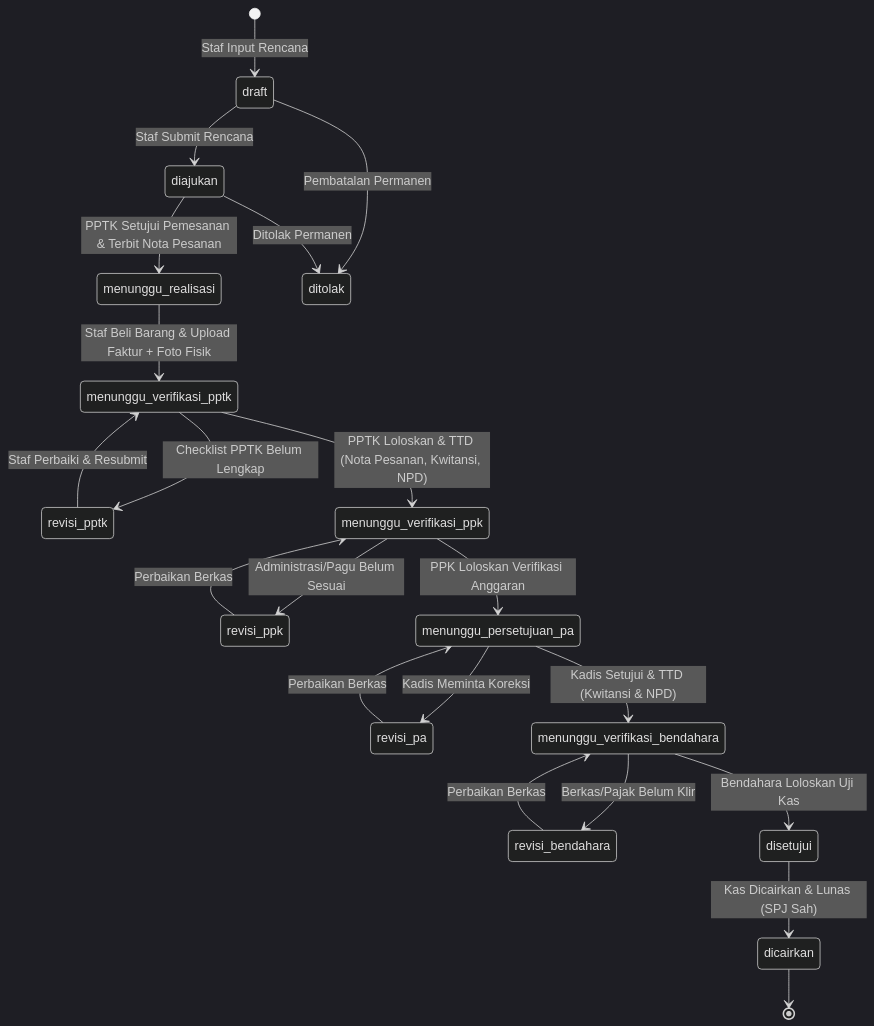
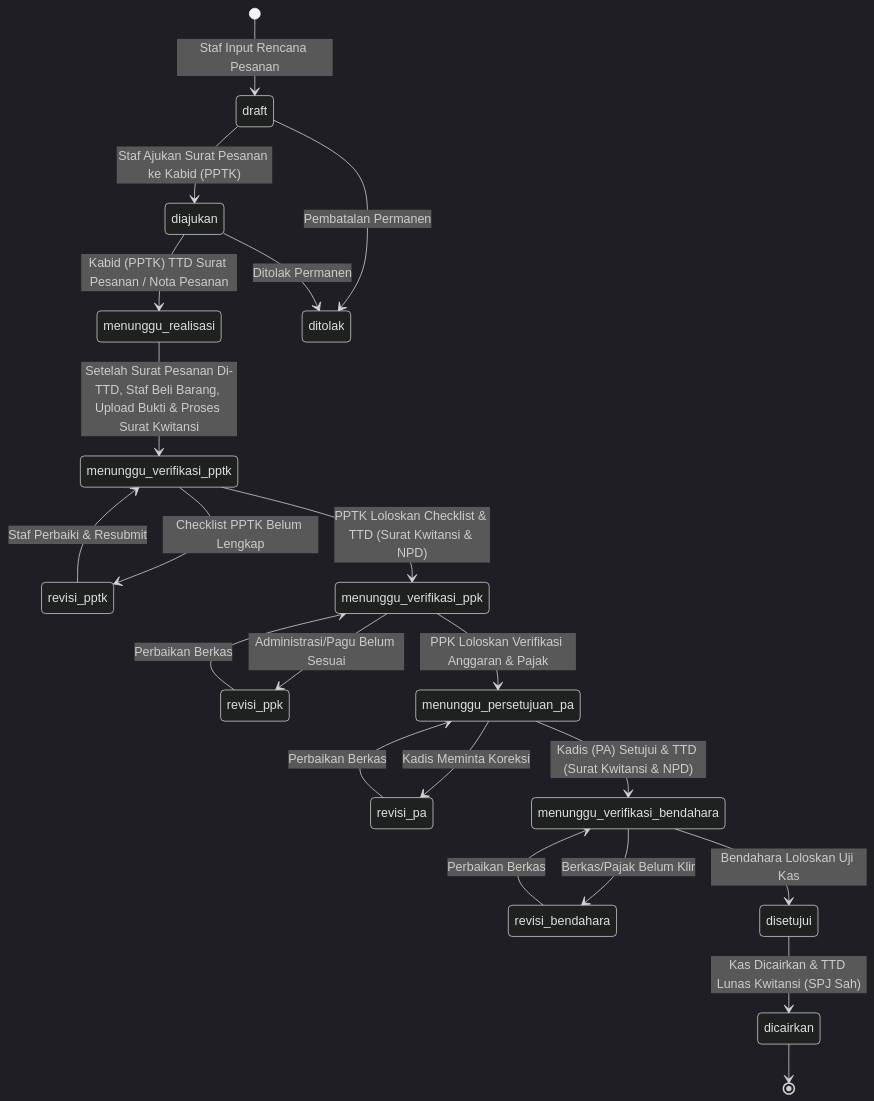
Before and after one commit to doniaries/sakti: the second of 2 diagrams in AGENTS.md, drawn with Mermaid (dark theme). The commit also changed other lines of this file and 6 other files, not shown here.

Commit message:
feat(spj): pertegas alur ttd surat pesanan oleh kabid/pptk sebelum proses surat kwitansi di agents.md dan aplikasi

````diff
--- a/AGENTS.md
+++ b/AGENTS.md
@@ -499,29 +505,29 @@
 ```mermaid
 stateDiagram-v2
-    [*] --> draft: Staf Input Rencana
-    draft --> diajukan: Staf Submit Rencana
-    diajukan --> menunggu_realisasi: PPTK Setujui Pemesanan & Terbit Nota Pesanan
+    [*] --> draft: Staf Input Rencana Pesanan
+    draft --> diajukan: Staf Ajukan Surat Pesanan ke Kabid (PPTK)
+    diajukan --> menunggu_realisasi: Kabid (PPTK) TTD Surat Pesanan / Nota Pesanan
     
-    menunggu_realisasi --> menunggu_verifikasi_pptk: Staf Beli Barang & Upload Faktur + Foto Fisik
+    menunggu_realisasi --> menunggu_verifikasi_pptk: Setelah Surat Pesanan Di-TTD, Staf Beli Barang, Upload Bukti & Proses Surat Kwitansi
     menunggu_verifikasi_pptk --> revisi_pptk: Checklist PPTK Belum Lengkap
     revisi_pptk --> menunggu_verifikasi_pptk: Staf Perbaiki & Resubmit
     
-    menunggu_verifikasi_pptk --> menunggu_verifikasi_ppk: PPTK Loloskan & TTD (Nota Pesanan, Kwitansi, NPD)
+    menunggu_verifikasi_pptk --> menunggu_verifikasi_ppk: PPTK Loloskan Checklist & TTD (Surat Kwitansi & NPD)
     menunggu_verifikasi_ppk --> revisi_ppk: Administrasi/Pagu Belum Sesuai
     revisi_ppk --> menunggu_verifikasi_ppk: Perbaikan Berkas
     
-    menunggu_verifikasi_ppk --> menunggu_persetujuan_pa: PPK Loloskan Verifikasi Anggaran
+    menunggu_verifikasi_ppk --> menunggu_persetujuan_pa: PPK Loloskan Verifikasi Anggaran & Pajak
     menunggu_persetujuan_pa --> revisi_pa: Kadis Meminta Koreksi
     revisi_pa --> menunggu_persetujuan_pa: Perbaikan Berkas
     
-    menunggu_persetujuan_pa --> menunggu_verifikasi_bendahara: Kadis Setujui & TTD (Kwitansi & NPD)
+    menunggu_persetujuan_pa --> menunggu_verifikasi_bendahara: Kadis (PA) Setujui & TTD (Surat Kwitansi & NPD)
     menunggu_verifikasi_bendahara --> revisi_bendahara: Berkas/Pajak Belum Klir
     revisi_bendahara --> menunggu_verifikasi_bendahara: Perbaikan Berkas
     
     menunggu_verifikasi_bendahara --> disetujui: Bendahara Loloskan Uji Kas
-    disetujui --> dicairkan: Kas Dicairkan & Lunas (SPJ Sah)
+    disetujui --> dicairkan: Kas Dicairkan & TTD Lunas Kwitansi (SPJ Sah)
     
     draft --> ditolak: Pembatalan Permanen
     diajukan --> ditolak: Ditolak Permanen
     dicairkan --> [*]
 ```
````
